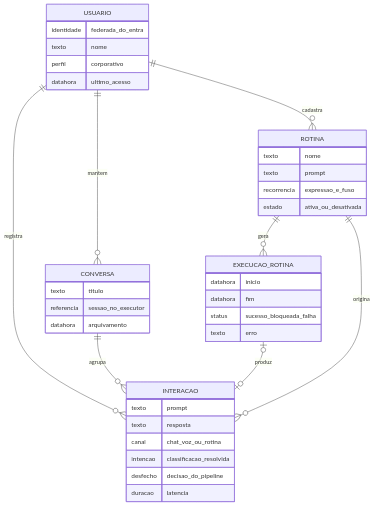
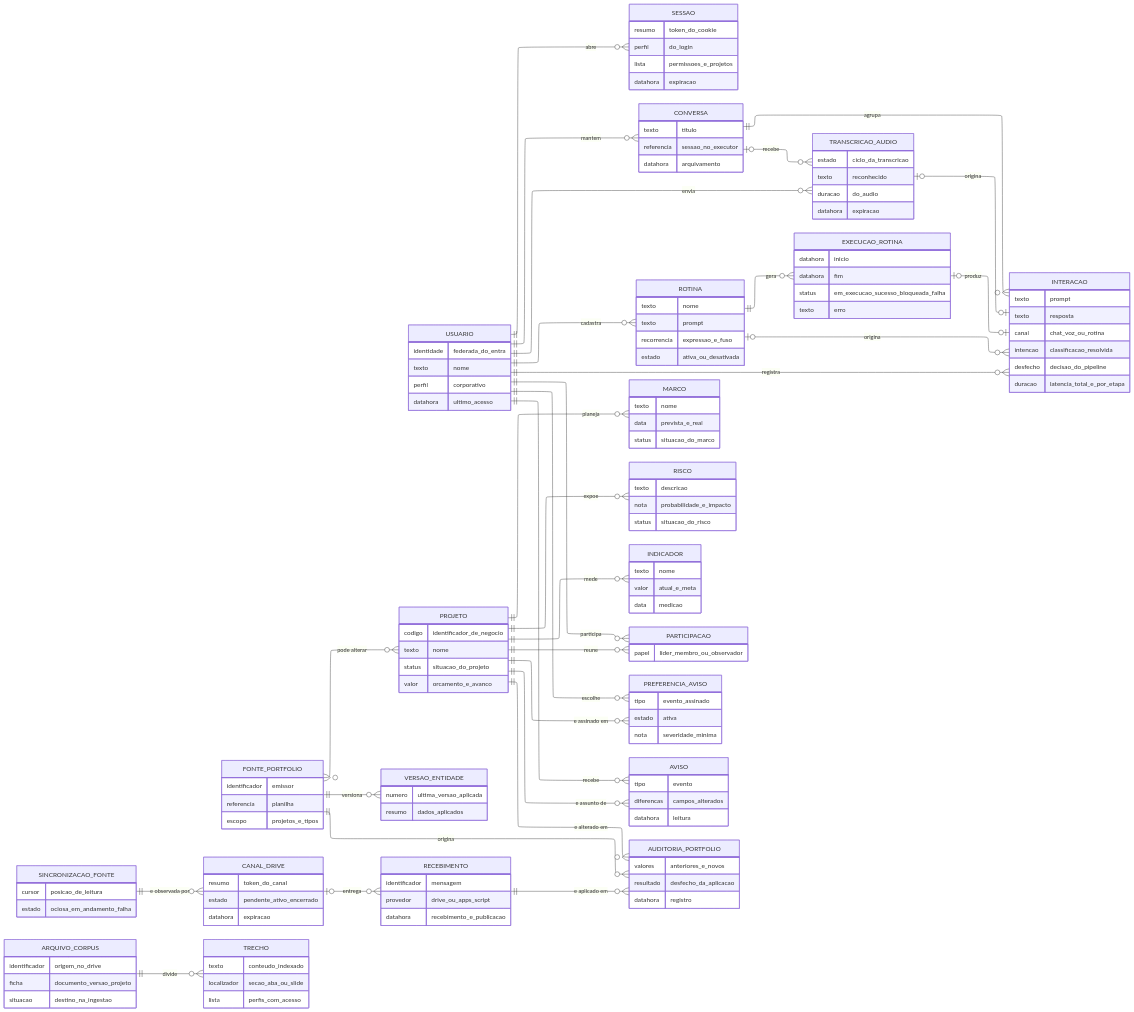
One commit to Kdu07/agente-ia-portfolio-metro changed the diagram in docs/diagramas/modelagem-conceitual.mmd. Above: the diagram before and after it, drawn with Mermaid. The commit also changed 24 other files, not shown here.

Commit message:
DOCS | atualizar os modelos de dados com o schema atual (#479)

```diff
--- a/docs/diagramas/modelagem-conceitual.mmd
+++ b/docs/diagramas/modelagem-conceitual.mmd
@@ -1,44 +1,173 @@
+---
+config:
+  layout: elk
+  er:
+    useMaxWidth: false
+---
 erDiagram
+    direction LR
+    USUARIO ||--o{ SESSAO : abre
     USUARIO ||--o{ CONVERSA : mantem
     USUARIO ||--o{ INTERACAO : registra
     USUARIO ||--o{ ROTINA : cadastra
+    USUARIO ||--o{ TRANSCRICAO_AUDIO : envia
     CONVERSA ||--o{ INTERACAO : agrupa
+    CONVERSA |o--o{ TRANSCRICAO_AUDIO : recebe
+    TRANSCRICAO_AUDIO |o--o| INTERACAO : origina
     ROTINA ||--o{ EXECUCAO_ROTINA : gera
+    ROTINA |o--o{ INTERACAO : origina
     EXECUCAO_ROTINA |o--o| INTERACAO : produz
-    ROTINA ||--o{ INTERACAO : origina
+    PROJETO ||--o{ MARCO : planeja
+    PROJETO ||--o{ RISCO : expoe
+    PROJETO ||--o{ INDICADOR : mede
+    USUARIO ||--o{ PARTICIPACAO : participa
+    PROJETO ||--o{ PARTICIPACAO : reune
+    USUARIO ||--o{ PREFERENCIA_AVISO : escolhe
+    PROJETO ||--o{ PREFERENCIA_AVISO : "e assinado em"
+    USUARIO ||--o{ AVISO : recebe
+    PROJETO ||--o{ AVISO : "e assunto de"
+    FONTE_PORTFOLIO }o--o{ PROJETO : "pode alterar"
+    FONTE_PORTFOLIO ||--o{ VERSAO_ENTIDADE : versiona
+    FONTE_PORTFOLIO ||--o{ AUDITORIA_PORTFOLIO : origina
+    PROJETO ||--o{ AUDITORIA_PORTFOLIO : "e alterado em"
+    RECEBIMENTO ||--o{ AUDITORIA_PORTFOLIO : "e aplicado em"
+    CANAL_DRIVE |o--o{ RECEBIMENTO : entrega
+    SINCRONIZACAO_FONTE ||--o{ CANAL_DRIVE : "e observada por"
+    ARQUIVO_CORPUS ||--o{ TRECHO : divide
 
     USUARIO {
         identidade federada_do_entra
         texto nome
         perfil corporativo
         datahora ultimo_acesso
+    }
+
+    SESSAO {
+        resumo token_do_cookie
+        perfil do_login
+        lista permissoes_e_projetos
+        datahora expiracao
     }
 
     CONVERSA {
         texto titulo
         referencia sessao_no_executor
         datahora arquivamento
     }
 
     INTERACAO {
         texto prompt
         texto resposta
         canal chat_voz_ou_rotina
         intencao classificacao_resolvida
         desfecho decisao_do_pipeline
-        duracao latencia
+        duracao latencia_total_e_por_etapa
+    }
+
+    TRANSCRICAO_AUDIO {
+        estado ciclo_da_transcricao
+        texto reconhecido
+        duracao do_audio
+        datahora expiracao
     }
 
     ROTINA {
         texto nome
         texto prompt
         recorrencia expressao_e_fuso
         estado ativa_ou_desativada
     }
 
     EXECUCAO_ROTINA {
         datahora inicio
         datahora fim
-        status sucesso_bloqueada_falha
+        status em_execucao_sucesso_bloqueada_falha
         texto erro
     }
+
+    PROJETO {
+        codigo identificador_de_negocio
+        texto nome
+        status situacao_do_projeto
+        valor orcamento_e_avanco
+    }
+
+    MARCO {
+        texto nome
+        data prevista_e_real
+        status situacao_do_marco
+    }
+
+    RISCO {
+        texto descricao
+        nota probabilidade_e_impacto
+        status situacao_do_risco
+    }
+
+    INDICADOR {
+        texto nome
+        valor atual_e_meta
+        data medicao
+    }
+
+    PARTICIPACAO {
+        papel lider_membro_ou_observador
+    }
+
+    PREFERENCIA_AVISO {
+        tipo evento_assinado
+        estado ativa
+        nota severidade_minima
+    }
+
+    AVISO {
+        tipo evento
+        diferencas campos_alterados
+        datahora leitura
+    }
+
+    FONTE_PORTFOLIO {
+        identificador emissor
+        referencia planilha
+        escopo projetos_e_tipos
+    }
+
+    VERSAO_ENTIDADE {
+        numero ultima_versao_aplicada
+        resumo dados_aplicados
+    }
+
+    AUDITORIA_PORTFOLIO {
+        valores anteriores_e_novos
+        resultado desfecho_da_aplicacao
+        datahora registro
+    }
+
+    RECEBIMENTO {
+        identificador mensagem
+        provedor drive_ou_apps_script
+        datahora recebimento_e_publicacao
+    }
+
+    CANAL_DRIVE {
+        resumo token_do_canal
+        estado pendente_ativo_encerrado
+        datahora expiracao
+    }
+
+    SINCRONIZACAO_FONTE {
+        cursor posicao_de_leitura
+        estado ociosa_em_andamento_falha
+    }
+
+    ARQUIVO_CORPUS {
+        identificador origem_no_drive
+        ficha documento_versao_projeto
+        situacao destino_na_ingestao
+    }
+
+    TRECHO {
+        texto conteudo_indexado
+        localizador secao_aba_ou_slide
+        lista perfis_com_acesso
+    }
```
